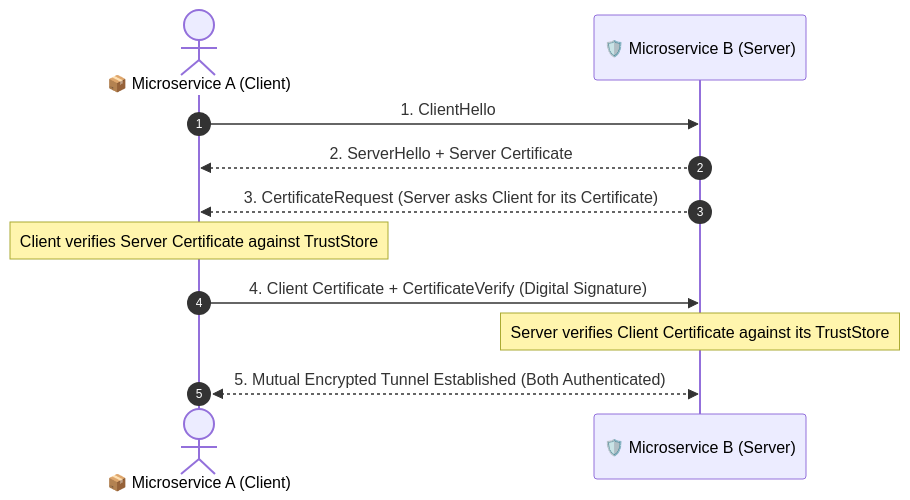
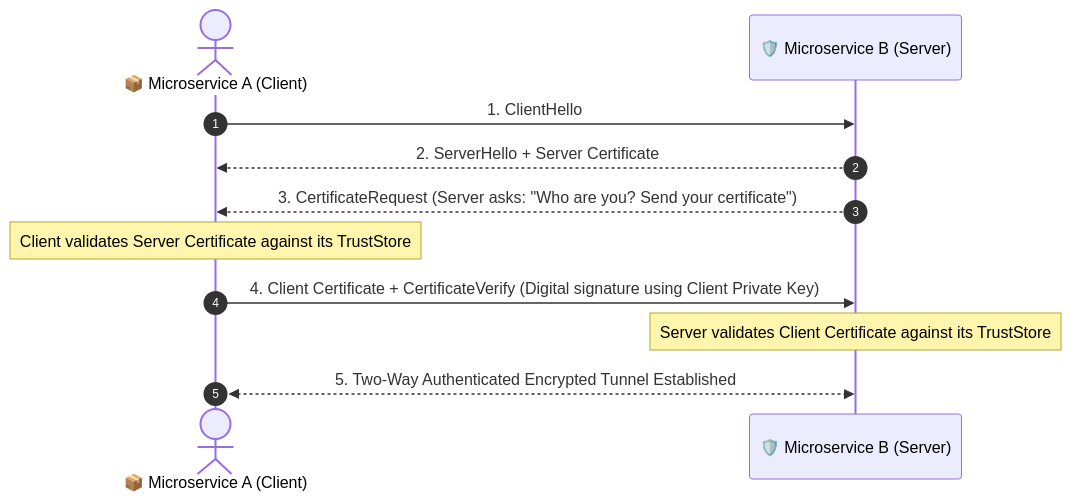
Before and after one commit to tharun15/gcloudcafe: the fourth of 4 diagrams in content/english/blog/understanding-tls-mtls-keystores-and-incident-management.md, drawn with Mermaid. The commit also changed other lines of this file, not shown here.

Commit message:
docs(blog): restructure TLS and mTLS guide for progressive pedagogical flow

````diff
--- a/content/english/blog/understanding-tls-mtls-keystores-and-incident-management.md
+++ b/content/english/blog/understanding-tls-mtls-keystores-and-incident-management.md
@@ -107,14 +139,14 @@
 ```mermaid
 sequenceDiagram
     autonumber
     actor Client as 📦 Microservice A (Client)
     participant Server as 🛡️ Microservice B (Server)
 
     Client->>Server: 1. ClientHello
     Server-->>Client: 2. ServerHello + Server Certificate
-    Server-->>Client: 3. CertificateRequest (Server asks Client for its Certificate)
-    Note over Client: Client verifies Server Certificate against TrustStore
-    Client->>Server: 4. Client Certificate + CertificateVerify (Digital Signature)
-    Note over Server: Server verifies Client Certificate against its TrustStore
-    Client<<-->>Server: 5. Mutual Encrypted Tunnel Established (Both Authenticated)
+    Server-->>Client: 3. CertificateRequest (Server asks: "Who are you? Send your certificate")
+    Note over Client: Client validates Server Certificate against its TrustStore
+    Client->>Server: 4. Client Certificate + CertificateVerify (Digital signature using Client Private Key)
+    Note over Server: Server validates Client Certificate against its TrustStore
+    Client<<-->>Server: 5. Two-Way Authenticated Encrypted Tunnel Established
 ```
````
